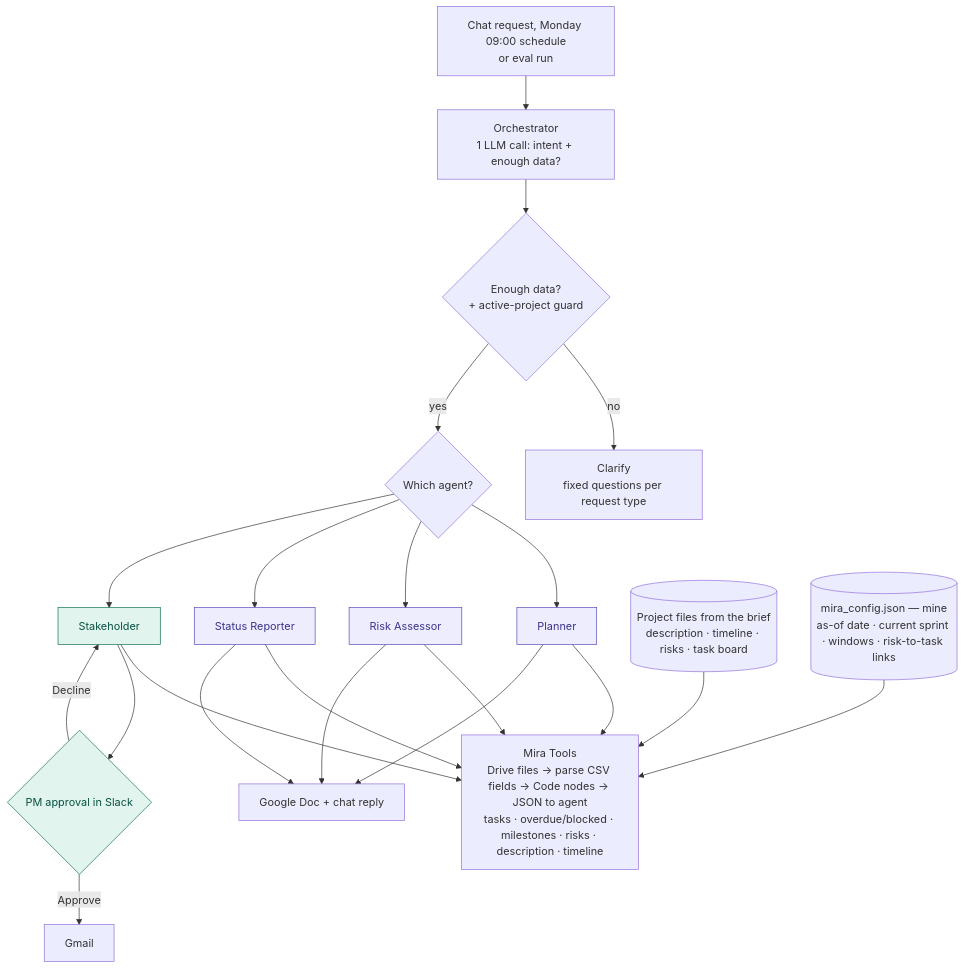
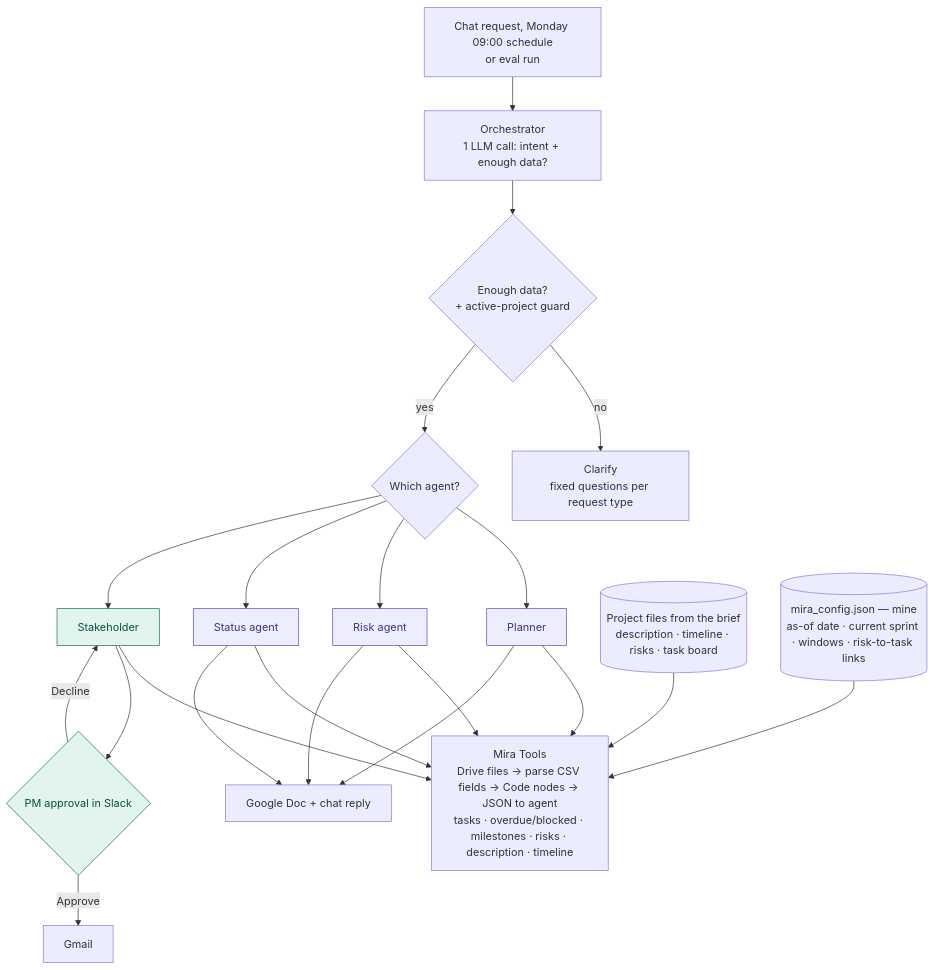
One commit to colinm77/mira_capstone changed the diagram in README.md. Above: the diagram before and after it, drawn with Mermaid. The commit also changed other lines of this file and 2 other files, not shown here.

````diff
--- a/README.md
+++ b/README.md
@@ -77,23 +77,23 @@
 ```mermaid
 flowchart TD
     U[Chat request, Monday 09:00 schedule<br/>or eval run] --> O[Orchestrator<br/>1 LLM call: intent + enough data?]
     O --> G{Enough data?<br/>+ active-project guard}
     G -- no --> C[Clarify<br/>fixed questions per request type]
     G -- yes --> W{Which agent?}
     W --> P[Planner]
-    W --> R[Risk Assessor]
-    W --> S[Status Reporter]
+    W --> R[Risk agent]
+    W --> S[Status agent]
     W --> K[Stakeholder]
     P & R & S & K --> T[Mira Tools<br/>Drive files → parse CSV fields → Code nodes → JSON to agent<br/>tasks · overdue/blocked · milestones · risks · description · timeline]
     F[(Project files from the brief<br/>description · timeline · risks · task board)] --> T
     CFG[(mira_config.json — mine<br/>as-of date · current sprint · windows · risk-to-task links)] --> T
     P & R & S --> D[Google Doc + chat reply]
     K --> A{PM approval in Slack}
     A -- Approve --> E[Gmail]
     A -- Decline --> K
 
     classDef core fill:#EEEDFE,stroke:#534AB7,color:#3C3489
     classDef ext fill:#E1F5EE,stroke:#0F6E56,color:#085041
     class P,R,S core
     class K,A ext
 ```
````
